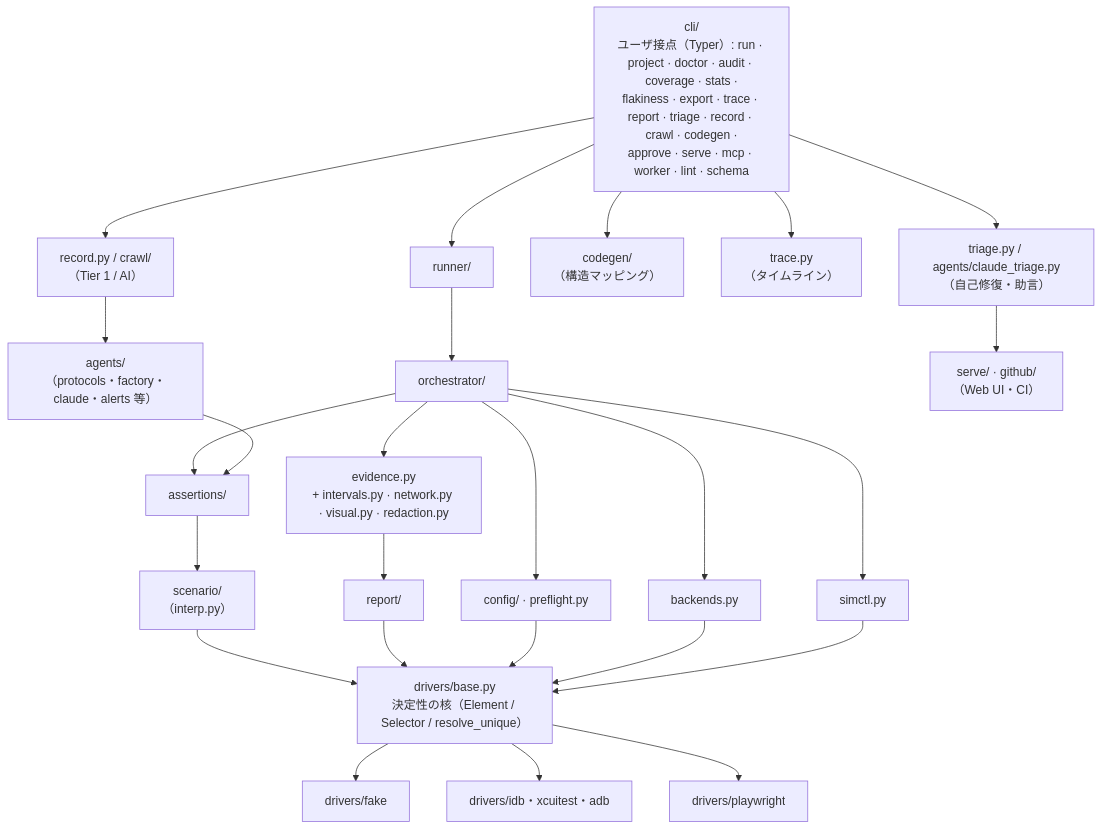
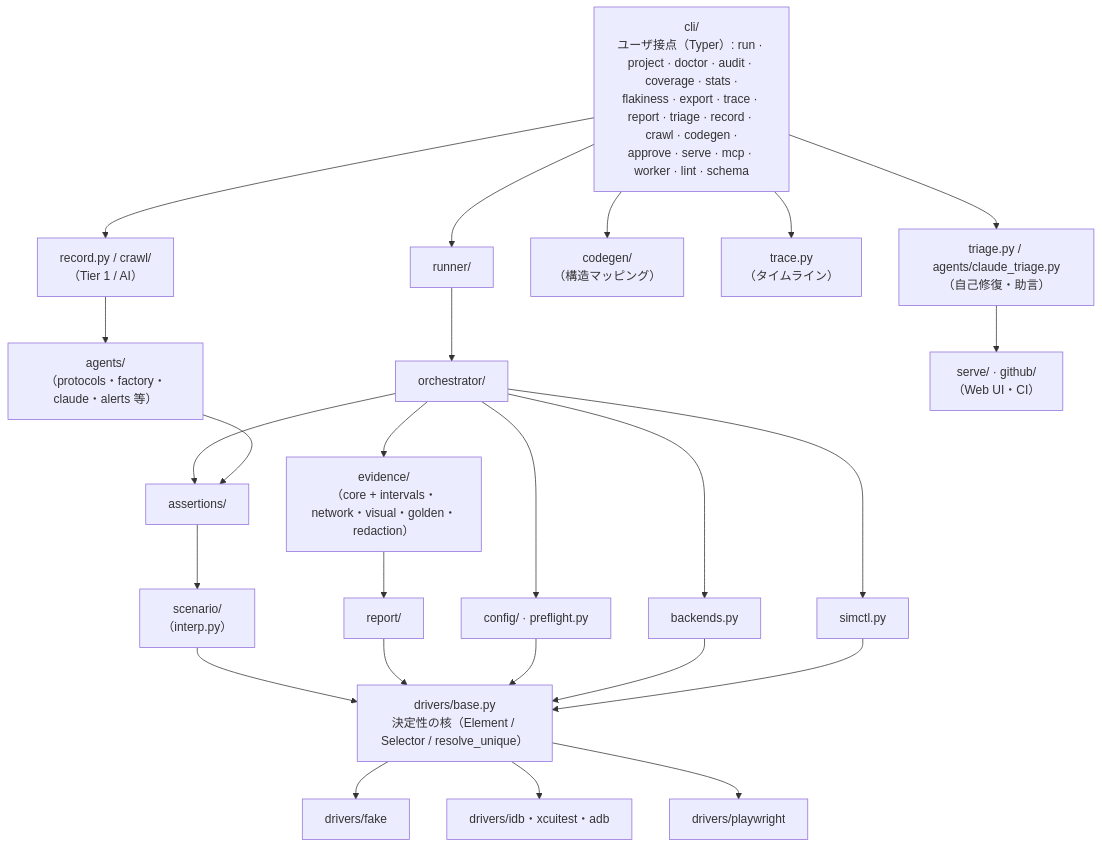
One commit to bajutsu-e2e/bajutsu changed the second of 2 diagrams in docs/ja/architecture.md. Above: the diagram before and after it, drawn with Mermaid. The commit also changed other lines of this file and 97 other files, not shown here.

````diff
--- a/docs/ja/architecture.md
+++ b/docs/ja/architecture.md
@@ -134,59 +130,59 @@
 ```mermaid
 flowchart TB
     cli["cli/<br/>ユーザ接点（Typer）: run · project · doctor · audit · coverage · stats ·<br/>flakiness · export · trace · report · triage · record · crawl · codegen ·<br/>approve · serve · mcp · worker · lint · schema"]
 
     runner["runner/"]
     record["record.py / crawl/<br/>（Tier 1 / AI）"]
     codegen["codegen/<br/>（構造マッピング）"]
     trace["trace.py<br/>（タイムライン）"]
     triage["triage.py / agents/claude_triage.py<br/>（自己修復・助言）"]
 
     orch["orchestrator/"]
     agentStuff["agents/<br/>（protocols・factory・claude・alerts 等）"]
     serveGh["serve/ · github/<br/>（Web UI・CI）"]
 
     assertions["assertions/"]
-    evidence["evidence.py<br/>+ intervals.py · network.py · visual.py · redaction.py"]
+    evidence["evidence/<br/>（core + intervals・network・visual・golden・redaction）"]
 
     scenario["scenario/<br/>（interp.py）"]
     report["report/"]
     config["config/ · preflight.py"]
     backends["backends.py"]
     simctl["simctl.py"]
 
     base["drivers/base.py<br/>決定性の核（Element / Selector / resolve_unique）"]
 
     fake["drivers/fake"]
     ios["drivers/idb・xcuitest・adb"]
     pw["drivers/playwright"]
 
     cli --> runner
     cli --> record
     cli --> codegen
     cli --> trace
     cli --> triage
 
     runner --> orch
     record --> agentStuff
     triage --> serveGh
 
     orch --> assertions
     orch --> evidence
     agentStuff --> assertions
 
     assertions --> scenario
     evidence --> report
     orch --> config
     orch --> backends
     orch --> simctl
 
     scenario --> base
     report --> base
     config --> base
     backends --> base
     simctl --> base
 
     base --> fake
     base --> ios
     base --> pw
 ```
````
